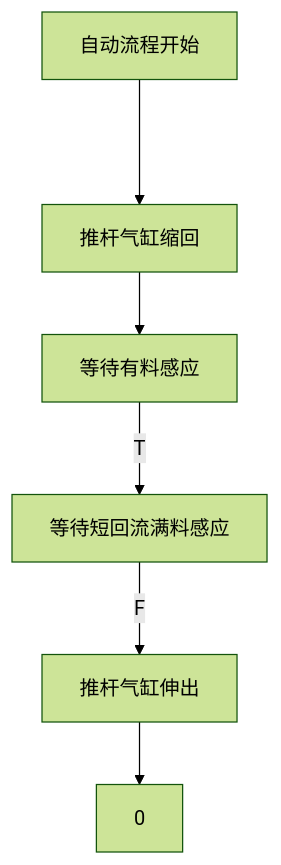
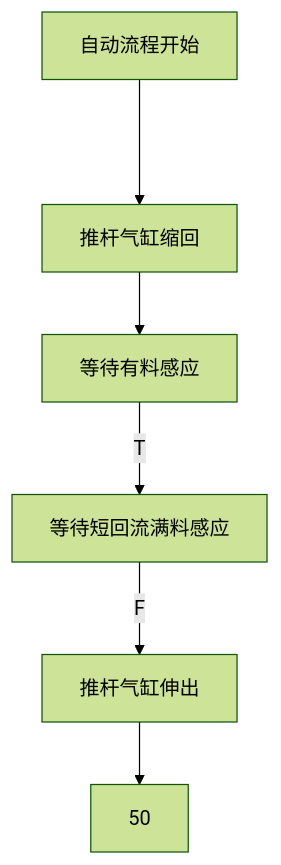
The diagram in all/未命名.md (zmq000/iodraw-files), drawn with Mermaid (forest theme) before and after one commit.

Commit message:
2026-06-17 20:51:13 update

````diff
--- a/all/未命名.md
+++ b/all/未命名.md
@@ -1,8 +1,8 @@
 ```mermaid
 graph TD
 自动流程开始--->10
 10[推杆气缸缩回]-->20
 20[等待有料感应]-->|T|30
 30[等待短回流满料感应]-->|F|40
-40[推杆气缸伸出]-->0
+40[推杆气缸伸出]-->50
 ```
````
